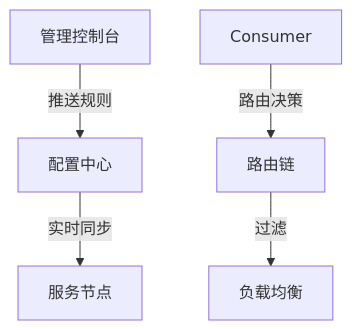
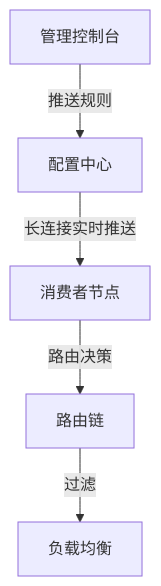
Before and after one commit to dunwu/waterdrop: the diagram in docs/15.分布式/分布式通信/RPC/[Dubbo][面试]服务治理.md, drawn with Mermaid. The commit also changed other lines of this file and 73 other files, not shown here.

````diff
--- a/docs/15.分布式/分布式通信/RPC/[Dubbo][面试]服务治理.md
+++ b/docs/15.分布式/分布式通信/RPC/[Dubbo][面试]服务治理.md
@@ -783,7 +734,7 @@
 ```mermaid
 graph TB
     Admin[管理控制台] -->|推送规则| ConfigCenter[配置中心]
-    ConfigCenter -->|实时同步| Provider[服务节点]
+    ConfigCenter -->|长连接实时推送| Consumer[消费者节点]
     Consumer -->|路由决策| RouterChain[路由链]
     RouterChain -->|过滤| LB[负载均衡]
 ```
````
